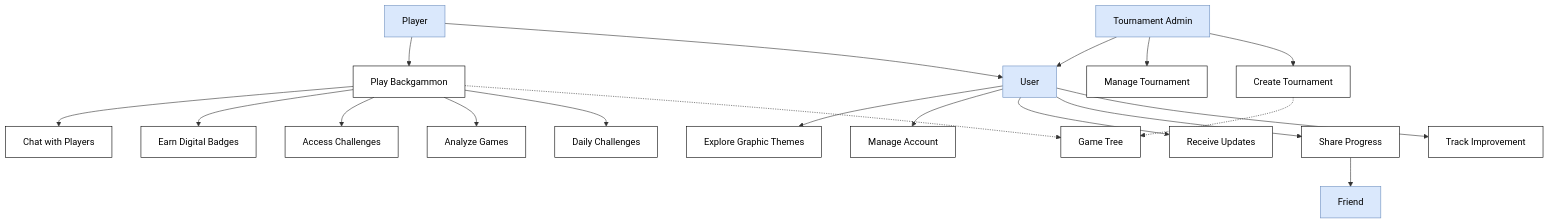
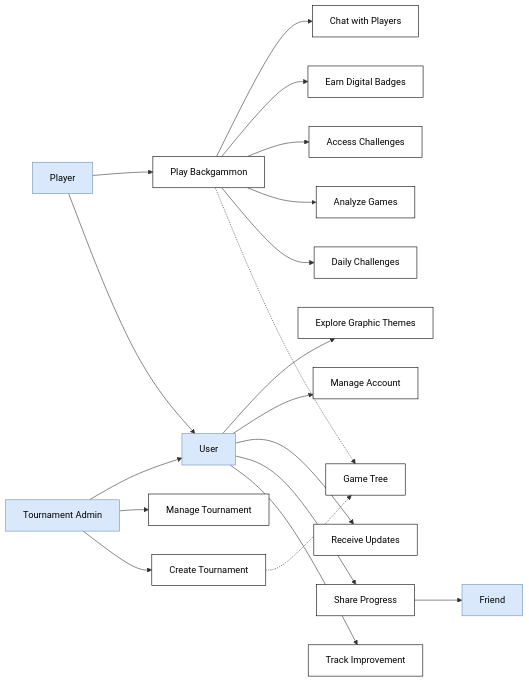
Before and after one commit to samuelemusiani/vezgammon: the diagram in doc/uml/use-case.mermaid, drawn with Mermaid. The commit also changed 5 other files, not shown here.

Commit message:
uml restyling

```diff
--- a/doc/uml/use-case.mermaid
+++ b/doc/uml/use-case.mermaid
@@ -1,54 +1,54 @@
-graph TD
+graph LR
     %% Actors
     TAdmin[Tournament Admin]
     User[User]
     Player[Player]
     Friend[Friend]
 
     %% Use Cases
     CreateTournament[Create Tournament]
     ManageTournament[Manage Tournament]
     TrackImprovement[Track Improvement]
     ShareProgress[Share Progress]
     ReceiveUpdates[Receive Updates]
     ManageAccount[Manage Account]
     PlayBackgammon[Play Backgammon]
     ChatPlayers[Chat with Players]
     DailyChallenges[Daily Challenges]
     AnalyzeGames[Analyze Games]
     AccessChallenges[Access Challenges]
     EarnBadges[Earn Digital Badges]
     ExploreThemes[Explore Graphic Themes]
     GameTree[Game Tree]
 
     %% Relationships
     TAdmin --> CreateTournament
     TAdmin --> ManageTournament
     TAdmin --> User
     
     User --> TrackImprovement
     User --> ShareProgress
     User --> ReceiveUpdates
     User --> ManageAccount
     User --> ExploreThemes
     
     Player --> User
     Player --> PlayBackgammon
     
     ShareProgress --> Friend
     
     %% Include relationships
     PlayBackgammon -.-> GameTree
     PlayBackgammon --> DailyChallenges
     PlayBackgammon --> AnalyzeGames
     PlayBackgammon --> AccessChallenges
     PlayBackgammon --> EarnBadges
     PlayBackgammon --> ChatPlayers
     CreateTournament -.-> GameTree
 
     %% Styling
     classDef actor fill:#dae8fc,stroke:#6c8ebf,color:#000
     classDef useCase fill:#fff,stroke:#000,color:#000
     
     class TAdmin,User,Player,Friend actor
     class CreateTournament,ManageTournament,TrackImprovement,ShareProgress,ReceiveUpdates,ManageAccount,PlayBackgammon,ChatPlayers,DailyChallenges,AnalyzeGames,AccessChallenges,EarnBadges,ExploreThemes,GameTree useCase
```
